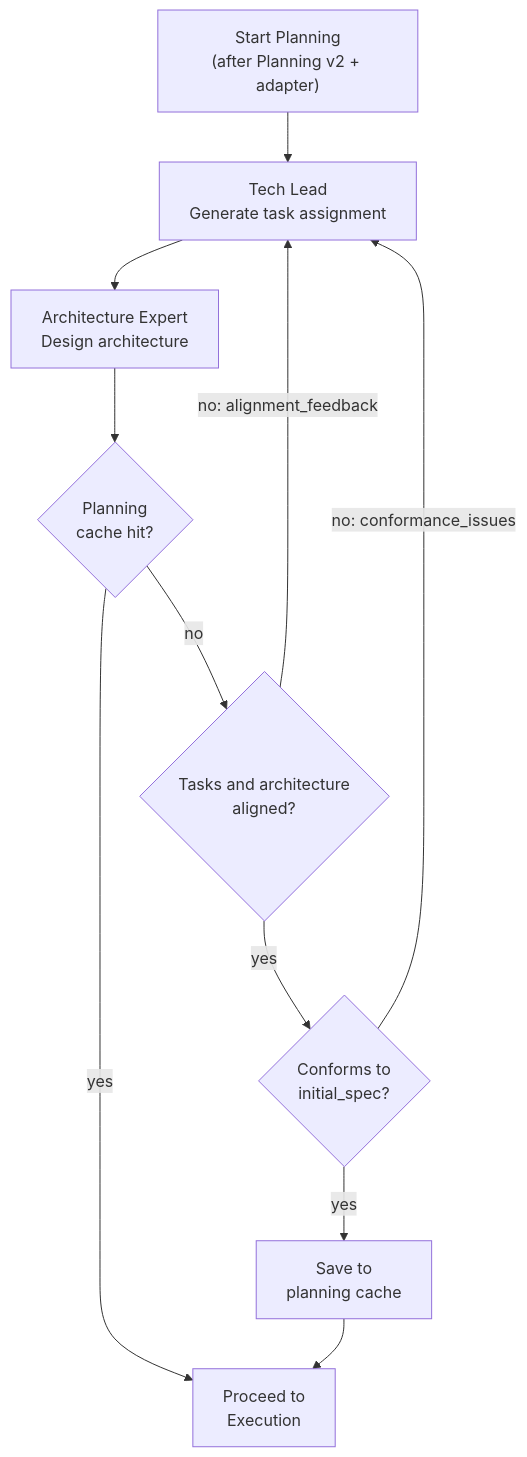
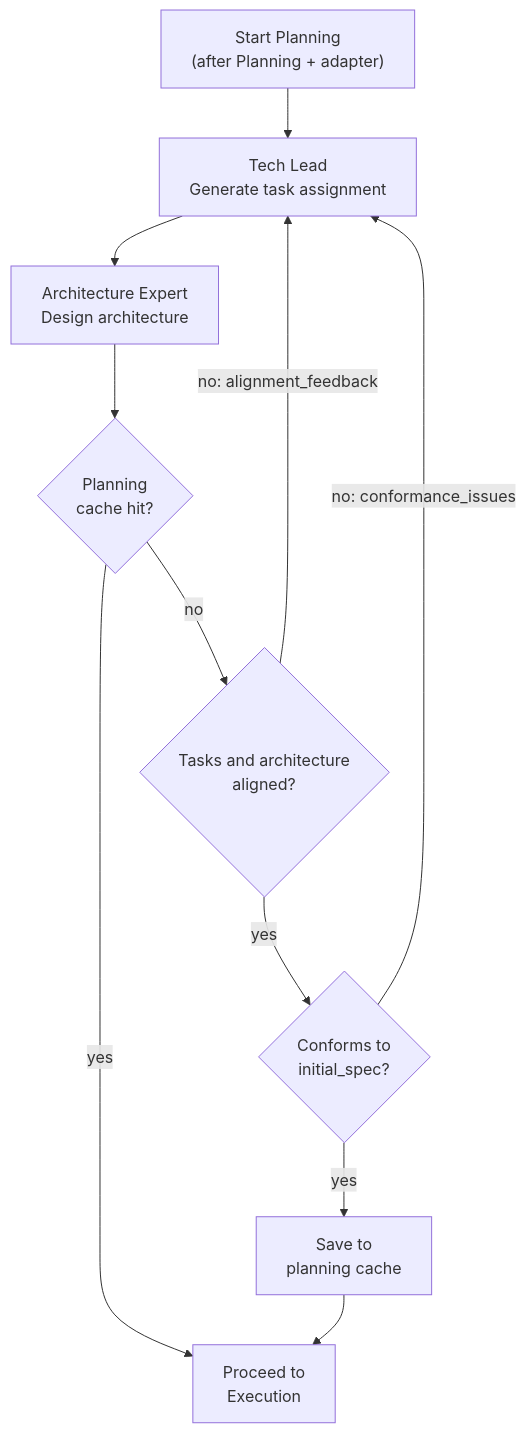
Before and after one commit to brandonkindred/Khala-Agentic-AI-Teams: the tenth of 15 diagrams in docs/ARCHITECTURE.md, drawn with Mermaid. The commit also changed other lines of this file and 217 other files, not shown here.

````diff
--- a/docs/ARCHITECTURE.md
+++ b/docs/ARCHITECTURE.md
@@ -481,19 +481,19 @@
 ```mermaid
 flowchart TB
-    StartPlan["Start Planning\n(after Planning v2 + adapter)"]
+    StartPlan["Start Planning\n(after Planning + adapter)"]
     TechLeadRun["Tech Lead\nGenerate task assignment"]
     ArchRun["Architecture Expert\nDesign architecture"]
     CacheHit{"Planning\ncache hit?"}
     AlignCheck{"Tasks and architecture\naligned?"}
     ConformCheck{"Conforms to\ninitial_spec?"}
     SaveCache["Save to\nplanning cache"]
     ProceedExec["Proceed to\nExecution"]
 
     StartPlan --> TechLeadRun --> ArchRun --> CacheHit
     CacheHit -->|"yes"| ProceedExec
     CacheHit -->|"no"| AlignCheck
     AlignCheck -->|"no: alignment_feedback"| TechLeadRun
     AlignCheck -->|"yes"| ConformCheck
     ConformCheck -->|"no: conformance_issues"| TechLeadRun
     ConformCheck -->|"yes"| SaveCache --> ProceedExec
 ```
````
